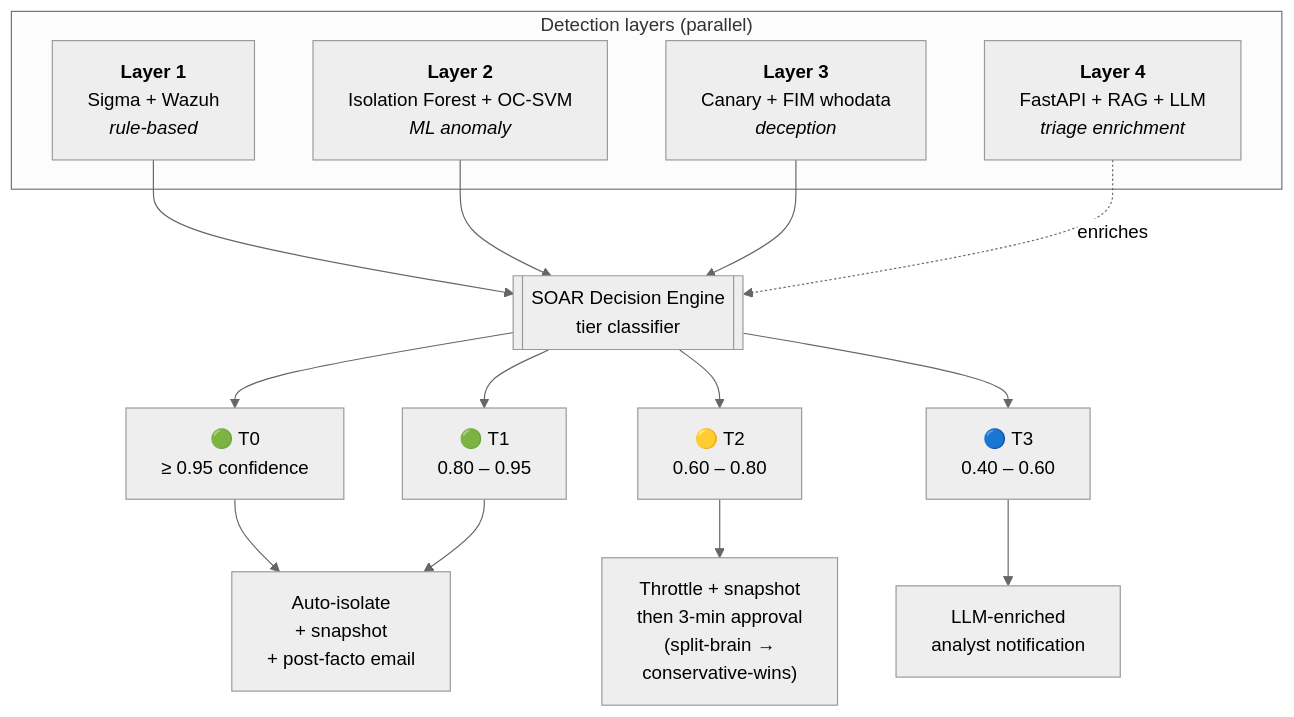
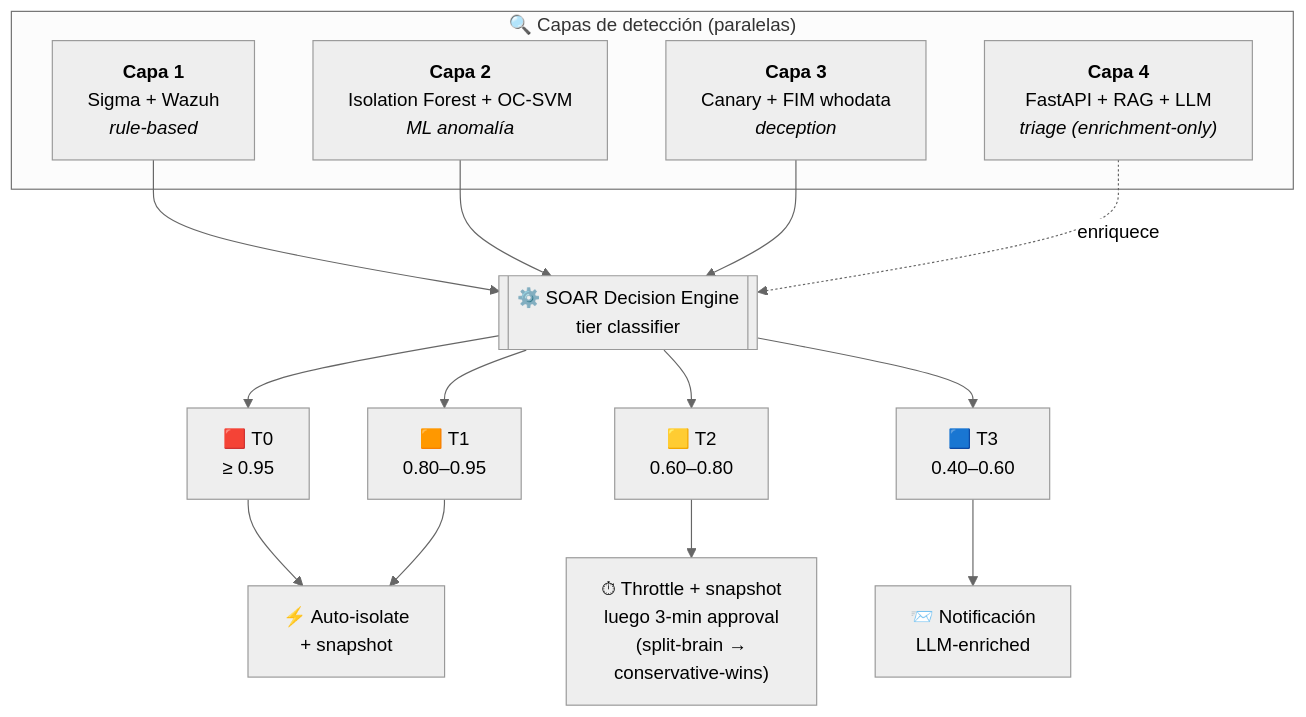
Before and after one commit to EnzoOrdonez/argos: the diagram in README.md, drawn with Mermaid (neutral theme). The commit also changed other lines of this file, not shown here.

````diff
--- a/README.md
+++ b/README.md
@@ -48,26 +47,26 @@
 ```mermaid
 flowchart TD
-    subgraph DET["Detection layers (parallel)"]
-        L1["<b>Layer 1</b><br/>Sigma + Wazuh<br/><i>rule-based</i>"]
-        L2["<b>Layer 2</b><br/>Isolation Forest + OC-SVM<br/><i>ML anomaly</i>"]
-        L3["<b>Layer 3</b><br/>Canary + FIM whodata<br/><i>deception</i>"]
-        L4["<b>Layer 4</b><br/>FastAPI + RAG + LLM<br/><i>triage enrichment</i>"]
+    subgraph DET["🔍 Capas de detección (paralelas)"]
+        L1["<b>Capa 1</b><br/>Sigma + Wazuh<br/><i>rule-based</i>"]
+        L2["<b>Capa 2</b><br/>Isolation Forest + OC-SVM<br/><i>ML anomalía</i>"]
+        L3["<b>Capa 3</b><br/>Canary + FIM whodata<br/><i>deception</i>"]
+        L4["<b>Capa 4</b><br/>FastAPI + RAG + LLM<br/><i>triage (enrichment-only)</i>"]
     end
 
-    DE[["SOAR Decision Engine<br/>tier classifier"]]
+    DE[["⚙️ SOAR Decision Engine<br/>tier classifier"]]
 
     L1 --> DE
     L2 --> DE
     L3 --> DE
-    L4 -. enriches .-> DE
+    L4 -. enriquece .-> DE
 
-    DE --> T0["🟢 T0<br/>≥ 0.95 confidence"]
-    DE --> T1["🟢 T1<br/>0.80 – 0.95"]
-    DE --> T2["🟡 T2<br/>0.60 – 0.80"]
-    DE --> T3["🔵 T3<br/>0.40 – 0.60"]
+    DE --> T0["🟥 T0<br/>≥ 0.95"]
+    DE --> T1["🟧 T1<br/>0.80–0.95"]
+    DE --> T2["🟨 T2<br/>0.60–0.80"]
+    DE --> T3["🟦 T3<br/>0.40–0.60"]
 
-    T0 --> A1["Auto-isolate<br/>+ snapshot<br/>+ post-facto email"]
+    T0 --> A1["⚡ Auto-isolate<br/>+ snapshot"]
     T1 --> A1
-    T2 --> A2["Throttle + snapshot<br/>then 3-min approval<br/>(split-brain →<br/>conservative-wins)"]
-    T3 --> A3["LLM-enriched<br/>analyst notification"]
+    T2 --> A2["⏱ Throttle + snapshot<br/>luego 3-min approval<br/>(split-brain →<br/>conservative-wins)"]
+    T3 --> A3["📨 Notificación<br/>LLM-enriched"]
 ```
````
